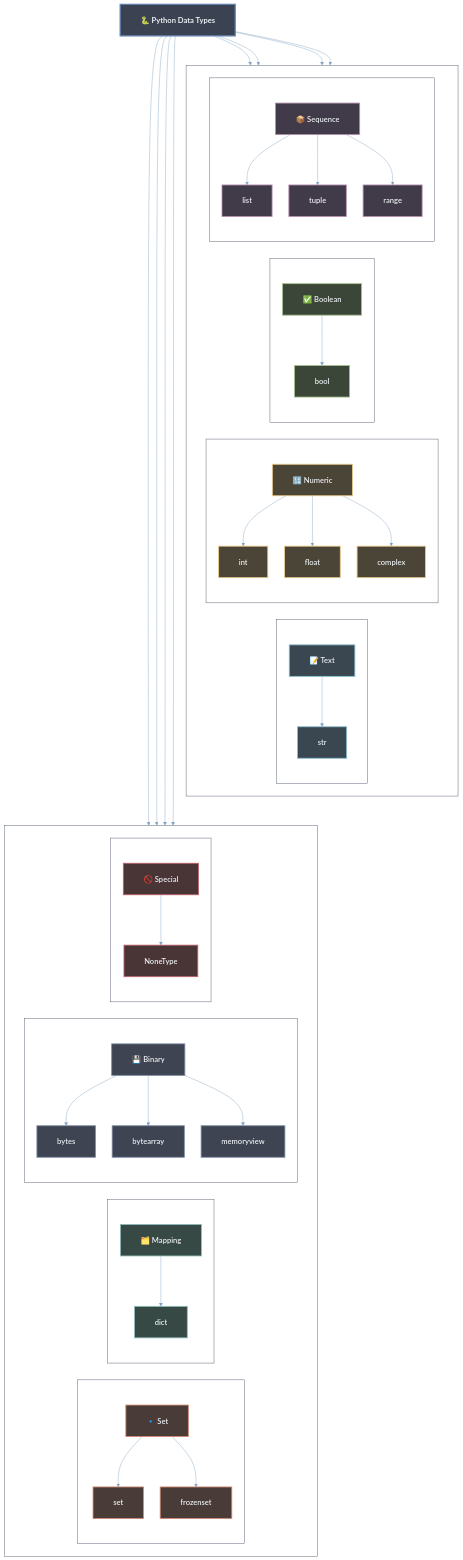
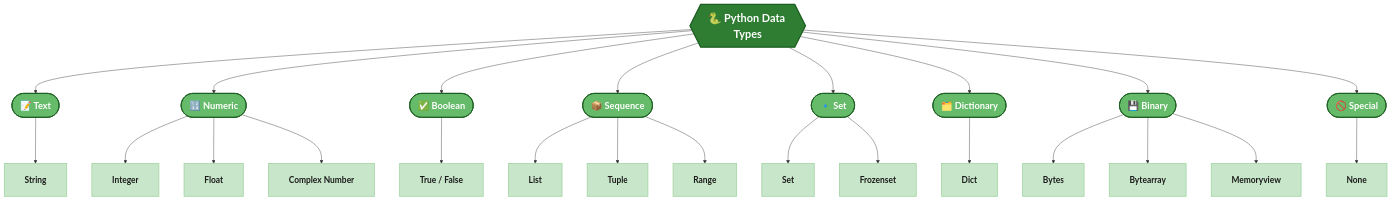
Before and after one commit to maliksiddiq/learning-agentic-ai: the first of 9 diagrams in 01_ Python_For_ Agentic_ Ai/01 Data types/Readme.md, drawn with Mermaid. The commit also changed other lines of this file, not shown here.

Commit message:
Data_types_Guide

````diff
--- a/01_ Python_For_ Agentic_ Ai/01 Data types/Readme.md
+++ b/01_ Python_For_ Agentic_ Ai/01 Data types/Readme.md
@@ -22,85 +22,45 @@
 ```mermaid
-%%{init: {'theme': 'base', 'themeVariables': {'background': '#2E3440', 'primaryColor': '#3B4252', 'primaryTextColor': '#ECEFF4', 'primaryBorderColor': '#5E81AC', 'secondaryColor': '#434C5E', 'tertiaryColor': '#3B4252', 'lineColor': '#81A1C1', 'edgeLabelBackground': '#3B4252', 'fontSize': '17px', 'fontFamily': 'Segoe UI, Arial, sans-serif'}, 'flowchart': {'useMaxWidth': true, 'htmlLabels': true, 'nodeSpacing': 40, 'rankSpacing': 70, 'curve': 'basis', 'padding': 24}} }%%
-flowchart TD
-    ROOT["🐍 Python Data Types"]
+%%{init: {'theme': 'base', 'themeVariables': {'background': '#F2F2F2', 'primaryColor': '#C8E6C9', 'primaryTextColor': '#1B1B1B', 'primaryBorderColor': '#A5D6A7', 'lineColor': '#333333', 'fontSize': '22px', 'fontFamily': 'Segoe UI, Arial, sans-serif'}, 'flowchart': {'useMaxWidth': true, 'htmlLabels': true, 'nodeSpacing': 60, 'rankSpacing': 110, 'curve': 'basis', 'padding': 24} } }%%
+flowchart TB
+    ROOT{{"🐍 Python Data Types"}}
 
-    subgraph ROW1[ ]
-    direction LR
-        subgraph FAM_TEXT[ ]
-        direction TB
-            TEXT["📝 Text"] --> str["str"]
-        end
-        subgraph FAM_NUM[ ]
-        direction TB
-            NUM["🔢 Numeric"] --> int["int"]
-            NUM --> float["float"]
-            NUM --> complex["complex"]
-        end
-        subgraph FAM_BOOL[ ]
-        direction TB
-            BOOL["✅ Boolean"] --> bool["bool"]
-        end
-        subgraph FAM_SEQ[ ]
-        direction TB
-            SEQ["📦 Sequence"] --> list["list"]
-            SEQ --> tuple["tuple"]
-            SEQ --> range["range"]
-        end
-    end
+    ROOT --> TEXT(["📝 Text"])
+    ROOT --> NUM(["🔢 Numeric"])
+    ROOT --> BOOL(["✅ Boolean"])
+    ROOT --> SEQ(["📦 Sequence"])
+    ROOT --> SET(["🔹 Set"])
+    ROOT --> MAP(["🗂️ Dictionary"])
+    ROOT --> BIN(["💾 Binary"])
+    ROOT --> SPEC(["🚫 Special"])
 
-    subgraph ROW2[ ]
-    direction LR
-        subgraph FAM_SET[ ]
-        direction TB
-            SET["🔹 Set"] --> set1["set"]
-            SET --> frozenset["frozenset"]
-        end
-        subgraph FAM_MAP[ ]
-        direction TB
-            MAP["🗂️ Mapping"] --> dict["dict"]
-        end
-        subgraph FAM_BIN[ ]
-        direction TB
-            BIN["💾 Binary"] --> bytes["bytes"]
-            BIN --> bytearray["bytearray"]
-            BIN --> memoryview["memoryview"]
-        end
-        subgraph FAM_SPEC[ ]
-        direction TB
-            SPEC["🚫 Special"] --> NoneType["NoneType"]
-        end
-    end
+    TEXT --> str["String"]
 
-    ROOT --> TEXT
-    ROOT --> NUM
-    ROOT --> BOOL
-    ROOT --> SEQ
-    ROOT --> SET
-    ROOT --> MAP
-    ROOT --> BIN
-    ROOT --> SPEC
+    NUM --> int["Integer"]
+    NUM --> float["Float"]
+    NUM --> complexn["Complex Number"]
 
-    ROW1 ~~~ ROW2
+    BOOL --> booln["True / False"]
 
-    classDef root fill:#3B4252,color:#ECEFF4,stroke:#5E81AC,stroke-width:3px,font-weight:bold,font-size:18px
-    classDef text fill:#3A4750,color:#ECEFF4,stroke:#88C0D0,stroke-width:2px,font-weight:600
-    classDef num fill:#4A4536,color:#ECEFF4,stroke:#EBCB8B,stroke-width:2px,font-weight:600
-    classDef booly fill:#3C4638,color:#ECEFF4,stroke:#A3BE8C,stroke-width:2px,font-weight:600
-    classDef seq fill:#413B49,color:#ECEFF4,stroke:#B48EAD,stroke-width:2px,font-weight:600
-    classDef sett fill:#493C38,color:#ECEFF4,stroke:#D08770,stroke-width:2px,font-weight:600
-    classDef mapp fill:#374945,color:#ECEFF4,stroke:#8FBCBB,stroke-width:2px,font-weight:600
-    classDef bin fill:#3E4451,color:#ECEFF4,stroke:#7B88A1,stroke-width:2px,font-weight:600
-    classDef spec fill:#493536,color:#ECEFF4,stroke:#BF616A,stroke-width:2px,font-weight:600
-    classDef grp fill:transparent,stroke:#434C5E,stroke-width:1px
+    SEQ --> list["List"]
+    SEQ --> tuple["Tuple"]
+    SEQ --> range["Range"]
+
+    SET --> set1["Set"]
+    SET --> frozenset["Frozenset"]
+
+    MAP --> dict["Dict"]
+
+    BIN --> bytes["Bytes"]
+    BIN --> bytearray["Bytearray"]
+    BIN --> memoryview["Memoryview"]
+
+    SPEC --> none["None"]
+
+    classDef root fill:#2E7D32,color:#FFFFFF,stroke:#1B5E20,stroke-width:3px,font-weight:bold,font-size:26px
+    classDef category fill:#66BB6A,color:#FFFFFF,stroke:#1B5E20,stroke-width:2px,font-weight:bold,font-size:22px
+    classDef leaf fill:#C8E6C9,color:#1B1B1B,stroke:#A5D6A7,stroke-width:2px,font-weight:bold,font-size:20px
 
     class ROOT root
-    class TEXT,str text
-    class NUM,int,float,complex num
-    class BOOL,bool booly
-    class SEQ,list,tuple,range seq
-    class SET,set1,frozenset sett
-    class MAP,dict mapp
-    class BIN,bytes,bytearray,memoryview bin
-    class SPEC,NoneType spec
-    class ROW1,ROW2,FAM_TEXT,FAM_NUM,FAM_BOOL,FAM_SEQ,FAM_SET,FAM_MAP,FAM_BIN,FAM_SPEC grp
+    class TEXT,NUM,BOOL,SEQ,SET,MAP,BIN,SPEC category
+    class str,int,float,complexn,booln,list,tuple,range,set1,frozenset,dict,bytes,bytearray,memoryview,none leaf
 ```
````
